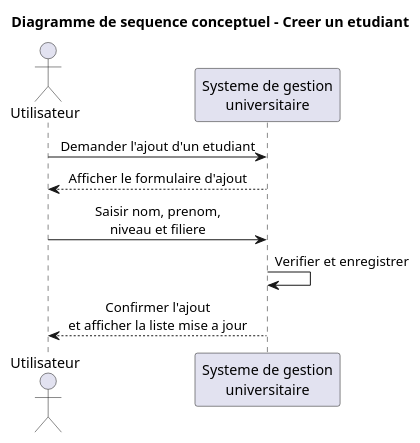
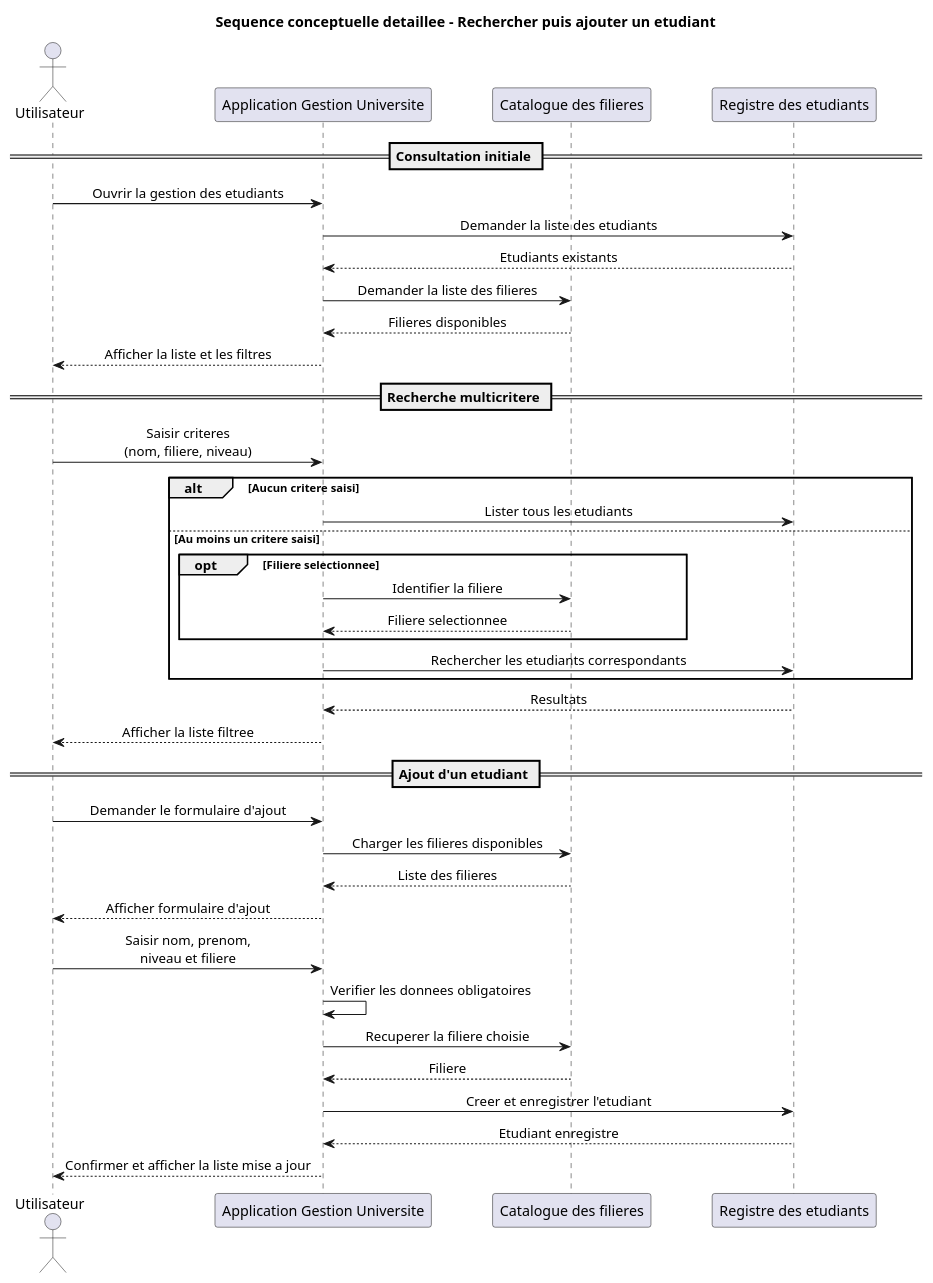
The diagram in docs/uml/sequence-conceptuel.puml (mehdidabaj/app-etudiant), drawn with PlantUML before and after one commit. The commit also changed 10 other files, not shown here.

Commit message:
Expand UML diagrams with detailed PNG exports

```diff
--- a/docs/uml/sequence-conceptuel.puml
+++ b/docs/uml/sequence-conceptuel.puml
@@ -1,17 +1,50 @@
 @startuml
-title Diagramme de sequence conceptuel - Creer un etudiant
+title Sequence conceptuelle detaillee - Rechercher puis ajouter un etudiant
 
 skinparam shadowing false
 skinparam sequenceMessageAlign center
+skinparam ParticipantPadding 25
+skinparam BoxPadding 10
 
 actor "Utilisateur" as Utilisateur
-participant "Systeme de gestion\nuniversitaire" as Systeme
+participant "Application Gestion Universite" as Systeme
+participant "Catalogue des filieres" as Catalogue
+participant "Registre des etudiants" as Registre
 
-Utilisateur -> Systeme : Demander l'ajout d'un etudiant
-Systeme --> Utilisateur : Afficher le formulaire d'ajout
+== Consultation initiale ==
+Utilisateur -> Systeme : Ouvrir la gestion des etudiants
+Systeme -> Registre : Demander la liste des etudiants
+Registre --> Systeme : Etudiants existants
+Systeme -> Catalogue : Demander la liste des filieres
+Catalogue --> Systeme : Filieres disponibles
+Systeme --> Utilisateur : Afficher la liste et les filtres
+
+== Recherche multicritere ==
+Utilisateur -> Systeme : Saisir criteres\n(nom, filiere, niveau)
+alt Aucun critere saisi
+  Systeme -> Registre : Lister tous les etudiants
+else Au moins un critere saisi
+  opt Filiere selectionnee
+    Systeme -> Catalogue : Identifier la filiere
+    Catalogue --> Systeme : Filiere selectionnee
+  end
+  Systeme -> Registre : Rechercher les etudiants correspondants
+end
+Registre --> Systeme : Resultats
+Systeme --> Utilisateur : Afficher la liste filtree
+
+== Ajout d'un etudiant ==
+Utilisateur -> Systeme : Demander le formulaire d'ajout
+Systeme -> Catalogue : Charger les filieres disponibles
+Catalogue --> Systeme : Liste des filieres
+Systeme --> Utilisateur : Afficher formulaire d'ajout
 
 Utilisateur -> Systeme : Saisir nom, prenom,\nniveau et filiere
-Systeme -> Systeme : Verifier et enregistrer
-Systeme --> Utilisateur : Confirmer l'ajout\net afficher la liste mise a jour
+Systeme -> Systeme : Verifier les donnees obligatoires
+Systeme -> Catalogue : Recuperer la filiere choisie
+Catalogue --> Systeme : Filiere
+Systeme -> Registre : Creer et enregistrer l'etudiant
+Registre --> Systeme : Etudiant enregistre
+Systeme --> Utilisateur : Confirmer et afficher la liste mise a jour
 
 @enduml
```
